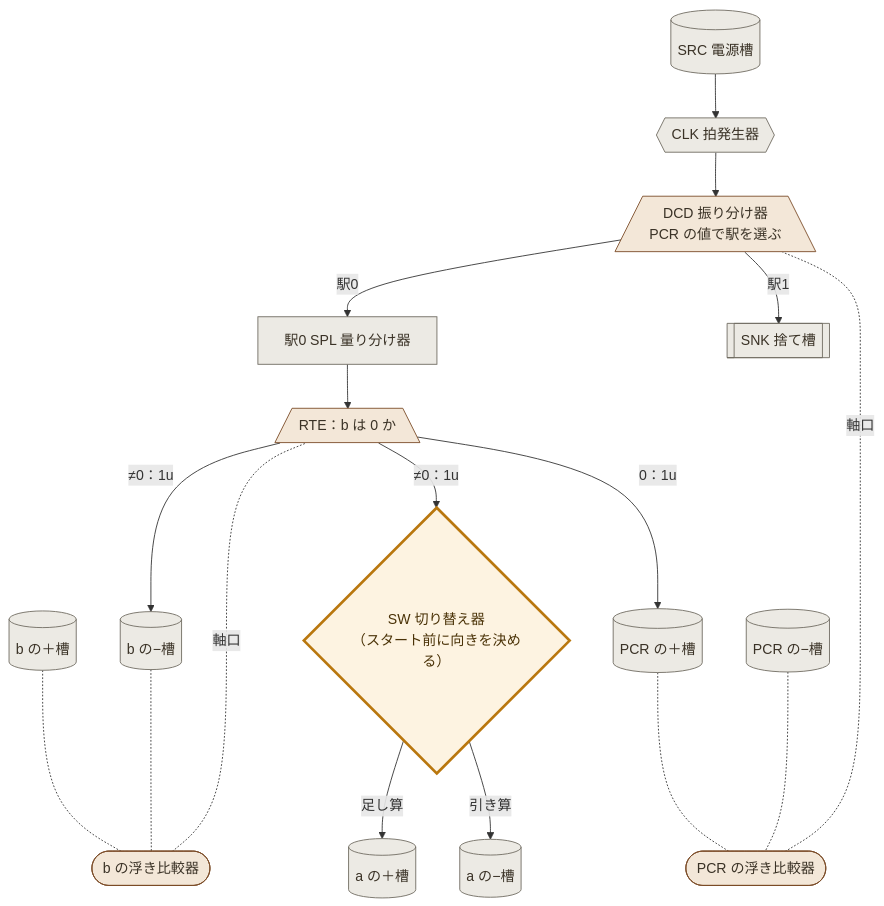
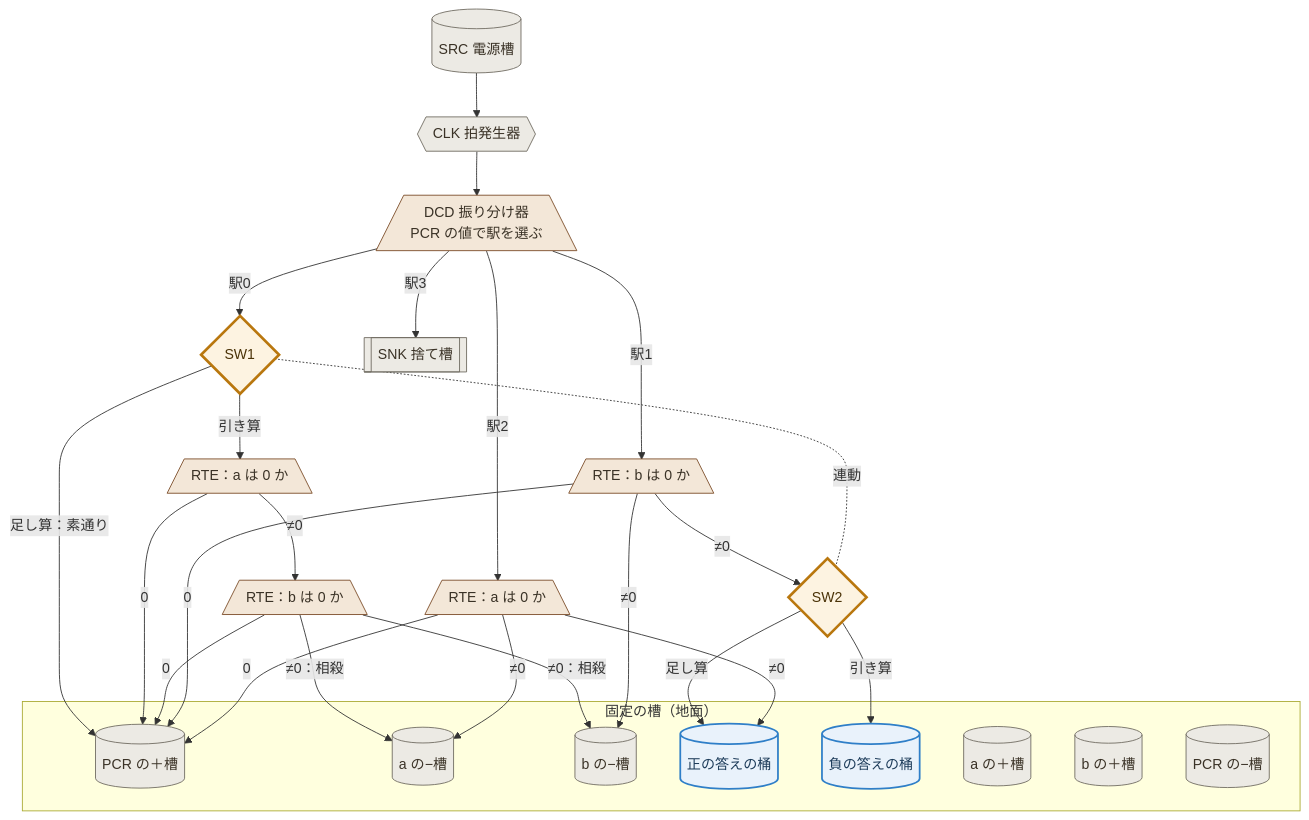
One commit to kuippa/Sakafune changed the diagram in design/11_v2-common-addsub.md. Above: the diagram before and after it, drawn with Mermaid. The commit also changed other lines of this file and 5 other files, not shown here.

````diff
--- a/design/11_v2-common-addsub.md
+++ b/design/11_v2-common-addsub.md
@@ -52,28 +58,44 @@
 ```mermaid
 flowchart TB
   SRC[("SRC 電源槽")] --> CLK{{"CLK 拍発生器"}}
   CLK --> DCD[/"DCD 振り分け器<br/>PCR の値で駅を選ぶ"\]
-  DCD -->|"駅0"| SPL["駅0 SPL 量り分け器"]
-  DCD -->|"駅1"| SNK[["SNK 捨て槽"]]
-  SPL --> ZR[/"RTE：b は 0 か"\]
-  ZR -->|"≠0：1u"| BM[("b の−槽")]
-  ZR -->|"≠0：1u"| SW{"SW 切り替え器<br/>（スタート前に向きを決める）"}
-  SW -->|"足し算"| AP[("a の＋槽")]
-  SW -->|"引き算"| AM[("a の−槽")]
-  ZR -->|"0：1u"| PP[("PCR の＋槽")]
-  BP[("b の＋槽")]
-  PM[("PCR の−槽")]
-  FB(["b の浮き比較器"]) -.-|"軸口"| ZR
-  FP(["PCR の浮き比較器"]) -.-|"軸口"| DCD
-  BP -.- FB
-  BM -.- FB
-  PP -.- FP
-  PM -.- FP
+  DCD -->|"駅0"| SW1{"SW1"}
+  DCD -->|"駅1"| R1[/"RTE：b は 0 か"\]
+  DCD -->|"駅2"| R2[/"RTE：a は 0 か"\]
+  DCD -->|"駅3"| SNK[["SNK 捨て槽"]]
+  SW1 -->|"足し算：素通り"| PCP
+  SW1 -->|"引き算"| RA[/"RTE：a は 0 か"\]
+  RA -->|"0"| PCP
+  RA -->|"≠0"| RB[/"RTE：b は 0 か"\]
+  RB -->|"0"| PCP
+  RB -->|"≠0：相殺"| AM
+  RB -->|"≠0：相殺"| BM
+  R1 -->|"≠0"| BM
+  R1 -->|"≠0"| SW2{"SW2"}
+  SW2 -->|"足し算"| OP
+  SW2 -->|"引き算"| OM
+  R1 -->|"0"| PCP
+  R2 -->|"≠0"| AM
+  R2 -->|"≠0"| OP
+  R2 -->|"0"| PCP
+  subgraph TANKS["固定の槽（地面）"]
+    AP[("a の＋槽")]
+    AM[("a の−槽")]
+    BP[("b の＋槽")]
+    BM[("b の−槽")]
+    OP[("正の答えの桶")]
+    OM[("負の答えの桶")]
+    PCP[("PCR の＋槽")]
+    PCM[("PCR の−槽")]
+  end
+  SW1 -.-|"連動"| SW2
 
   classDef fixed fill:#eceae4,stroke:#6f6a60,color:#3a3226
   classDef move fill:#f3e7d8,stroke:#7a4a26,color:#3a3226
   classDef sw fill:#fdf3e1,stroke:#b9770e,color:#4a3207,stroke-width:3px
-  class SRC,CLK,SPL,SNK,AP,AM,BP,BM,PP,PM fixed
-  class DCD,ZR,FB,FP move
-  class SW sw
+  classDef ans fill:#e9f2fb,stroke:#2f7fc8,color:#1d3c5a,stroke-width:2px
+  class SRC,CLK,SNK,AP,AM,BP,BM,PCP,PCM fixed
+  class DCD,RA,RB,R1,R2 move
+  class SW1,SW2 sw
+  class OP,OM ans
 ```
````
